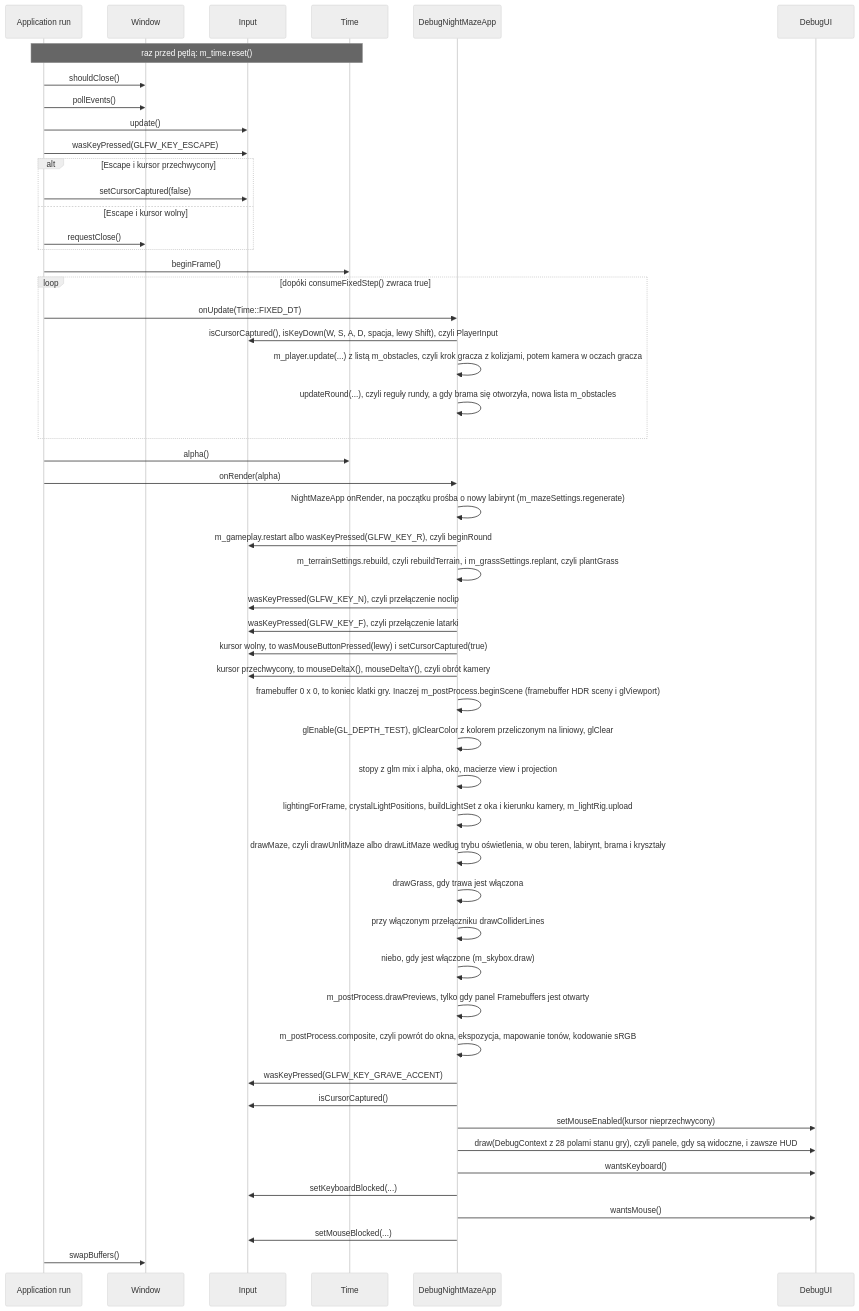
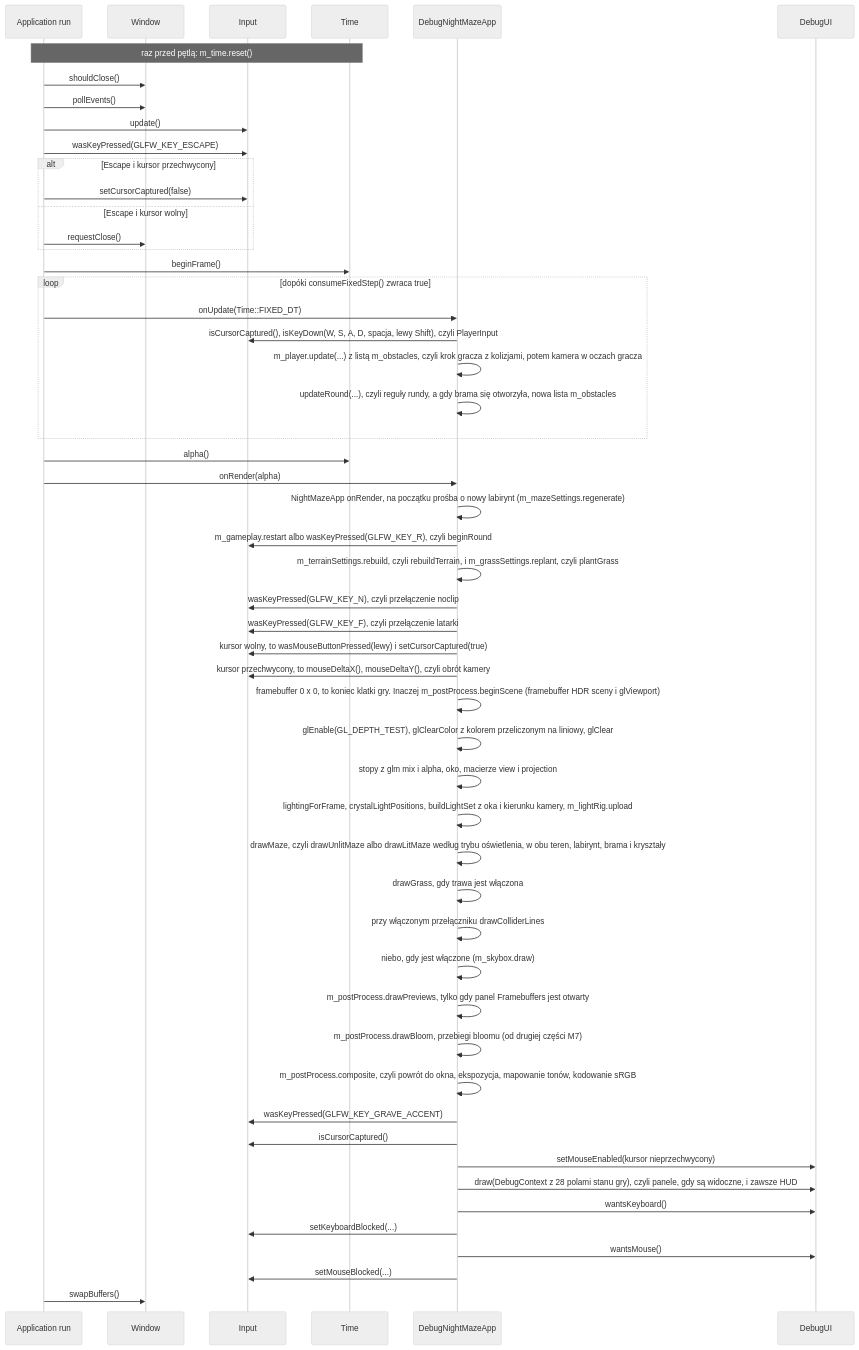
Before and after one commit to Shironex/night-maze: the second of 3 diagrams in docs/modules/core/README.md, drawn with Mermaid (neutral theme). The commit also changed other lines of this file and 72 other files, not shown here.

````diff
--- a/docs/modules/core/README.md
+++ b/docs/modules/core/README.md
@@ -83,54 +83,55 @@
 ```mermaid
 sequenceDiagram
     participant Run as Application run
     participant Win as Window
     participant In as Input
     participant T as Time
     participant App as DebugNightMazeApp
     participant UI as DebugUI
     Note over Run,T: raz przed pętlą: m_time.reset()
     Run->>Win: shouldClose()
     Run->>Win: pollEvents()
     Run->>In: update()
     Run->>In: wasKeyPressed(GLFW_KEY_ESCAPE)
     alt Escape i kursor przechwycony
         Run->>In: setCursorCaptured(false)
     else Escape i kursor wolny
         Run->>Win: requestClose()
     end
     Run->>T: beginFrame()
     loop dopóki consumeFixedStep() zwraca true
         Run->>App: onUpdate(Time::FIXED_DT)
         App->>In: isCursorCaptured(), isKeyDown(W, S, A, D, spacja, lewy Shift), czyli PlayerInput
         App->>App: m_player.update(...) z listą m_obstacles, czyli krok gracza z kolizjami, potem kamera w oczach gracza
         App->>App: updateRound(...), czyli reguły rundy, a gdy brama się otworzyła, nowa lista m_obstacles
     end
     Run->>T: alpha()
     Run->>App: onRender(alpha)
     App->>App: NightMazeApp onRender, na początku prośba o nowy labirynt (m_mazeSettings.regenerate)
     App->>In: m_gameplay.restart albo wasKeyPressed(GLFW_KEY_R), czyli beginRound
     App->>App: m_terrainSettings.rebuild, czyli rebuildTerrain, i m_grassSettings.replant, czyli plantGrass
     App->>In: wasKeyPressed(GLFW_KEY_N), czyli przełączenie noclip
     App->>In: wasKeyPressed(GLFW_KEY_F), czyli przełączenie latarki
     App->>In: kursor wolny, to wasMouseButtonPressed(lewy) i setCursorCaptured(true)
     App->>In: kursor przechwycony, to mouseDeltaX(), mouseDeltaY(), czyli obrót kamery
     App->>App: framebuffer 0 x 0, to koniec klatki gry. Inaczej m_postProcess.beginScene (framebuffer HDR sceny i glViewport)
     App->>App: glEnable(GL_DEPTH_TEST), glClearColor z kolorem przeliczonym na liniowy, glClear
     App->>App: stopy z glm mix i alpha, oko, macierze view i projection
     App->>App: lightingForFrame, crystalLightPositions, buildLightSet z oka i kierunku kamery, m_lightRig.upload
     App->>App: drawMaze, czyli drawUnlitMaze albo drawLitMaze według trybu oświetlenia, w obu teren, labirynt, brama i kryształy
     App->>App: drawGrass, gdy trawa jest włączona
     App->>App: przy włączonym przełączniku drawColliderLines
     App->>App: niebo, gdy jest włączone (m_skybox.draw)
     App->>App: m_postProcess.drawPreviews, tylko gdy panel Framebuffers jest otwarty
+    App->>App: m_postProcess.drawBloom, przebiegi bloomu (od drugiej części M7)
     App->>App: m_postProcess.composite, czyli powrót do okna, ekspozycja, mapowanie tonów, kodowanie sRGB
     App->>In: wasKeyPressed(GLFW_KEY_GRAVE_ACCENT)
     App->>In: isCursorCaptured()
     App->>UI: setMouseEnabled(kursor nieprzechwycony)
     App->>UI: draw(DebugContext z 28 polami stanu gry), czyli panele, gdy są widoczne, i zawsze HUD
     App->>UI: wantsKeyboard()
     App->>In: setKeyboardBlocked(...)
     App->>UI: wantsMouse()
     App->>In: setMouseBlocked(...)
     Run->>Win: swapBuffers()
 ```
````
